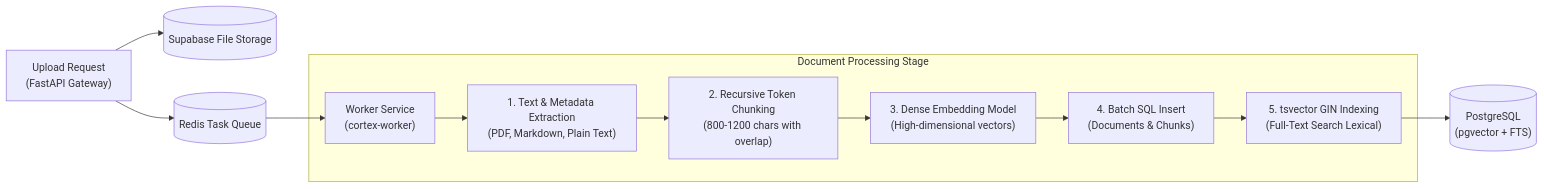
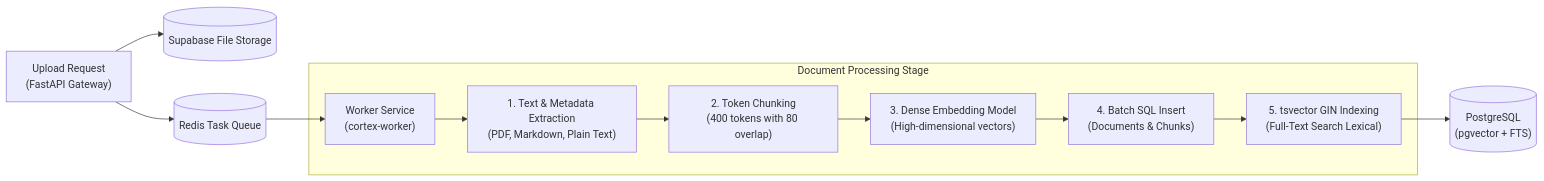
One commit to Pratham9911/Cortex changed the first of 5 diagrams in architecture/Readme.md. Above: the diagram before and after it, drawn with Mermaid. The commit also changed other lines of this file, not shown here.

First line of the commit message:
Revise chunking strategy and update architecture details

````diff
--- a/architecture/Readme.md
+++ b/architecture/Readme.md
@@ -31,16 +31,16 @@
 ```mermaid
 flowchart LR
   Upload["Upload Request\n(FastAPI Gateway)"] --> Storage[("Supabase File Storage")]
   Upload --> Queue[("Redis Task Queue")]
   Queue --> Worker["Worker Service\n(cortex-worker)"]
   
   subgraph Processing["Document Processing Stage"]
     Worker --> Extract["1. Text & Metadata Extraction\n(PDF, Markdown, Plain Text)"]
-    Extract --> Chunk["2. Recursive Token Chunking\n(800-1200 chars with overlap)"]
+    Extract --> Chunk["2. Token Chunking\n(400 tokens with 80 overlap)"]
     Chunk --> Embed["3. Dense Embedding Model\n(High-dimensional vectors)"]
     Embed --> Batch["4. Batch SQL Insert\n(Documents & Chunks)"]
     Batch --> FTS["5. tsvector GIN Indexing\n(Full-Text Search Lexical)"]
   end
 
   FTS --> Postgres[("PostgreSQL\n(pgvector + FTS)")]
 ```
````
